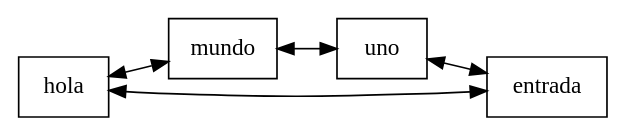
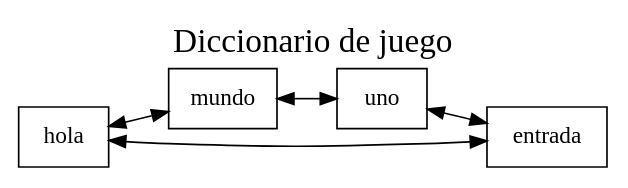
The diagram in EDD_Proyecto1/EDD_Proyecto1/Dictionary_ListaDobleCircular.dot (elJuanjoRamos/EDD_1S2020_PY1_201801262), drawn with Graphviz before and after one commit. The commit also changed 26 other files, not shown here.

```diff
--- a/EDD_Proyecto1/EDD_Proyecto1/Dictionary_ListaDobleCircular.dot
+++ b/EDD_Proyecto1/EDD_Proyecto1/Dictionary_ListaDobleCircular.dot
@@ -1,11 +1,12 @@
 digraph G {rankdir=LR
+graph[label="Diccionario de juego", labelloc=t, fontsize=20]
 node[shape = box];
 Nodo0 [label = "hola"];
 Nodo1 [label = "mundo"];
 Nodo2 [label = "uno"];
 Nodo3 [label = "entrada"];
 Nodo0->Nodo1[dir=both];
 Nodo1->Nodo2[dir=both];
 Nodo2->Nodo3[dir=both];
 Nodo0->Nodo3[dir=both]
 }
```
